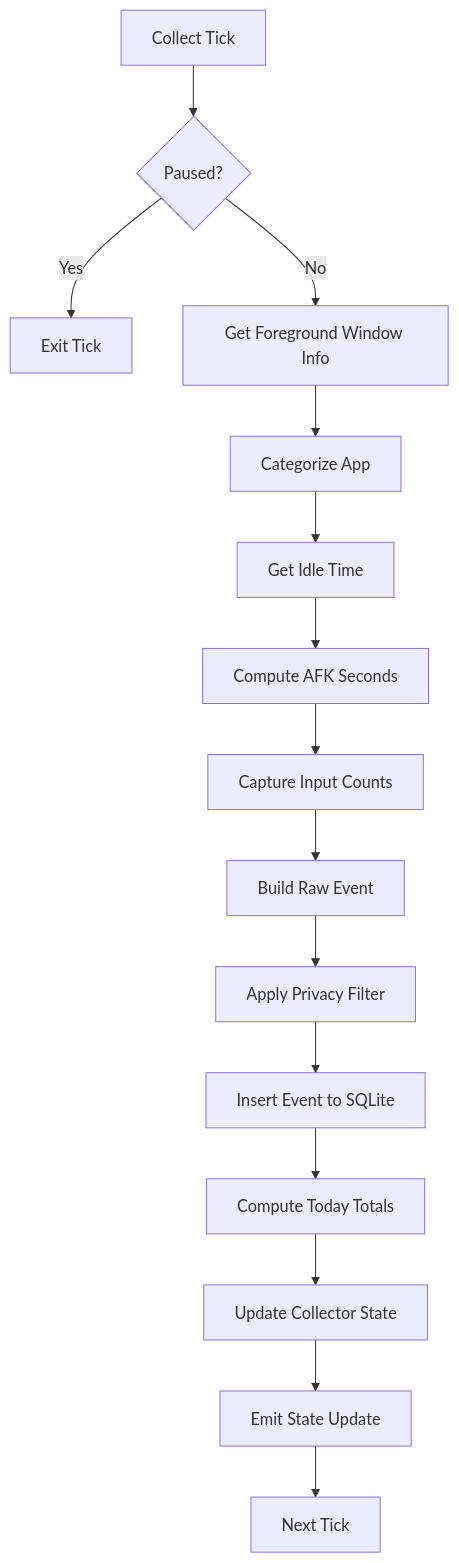
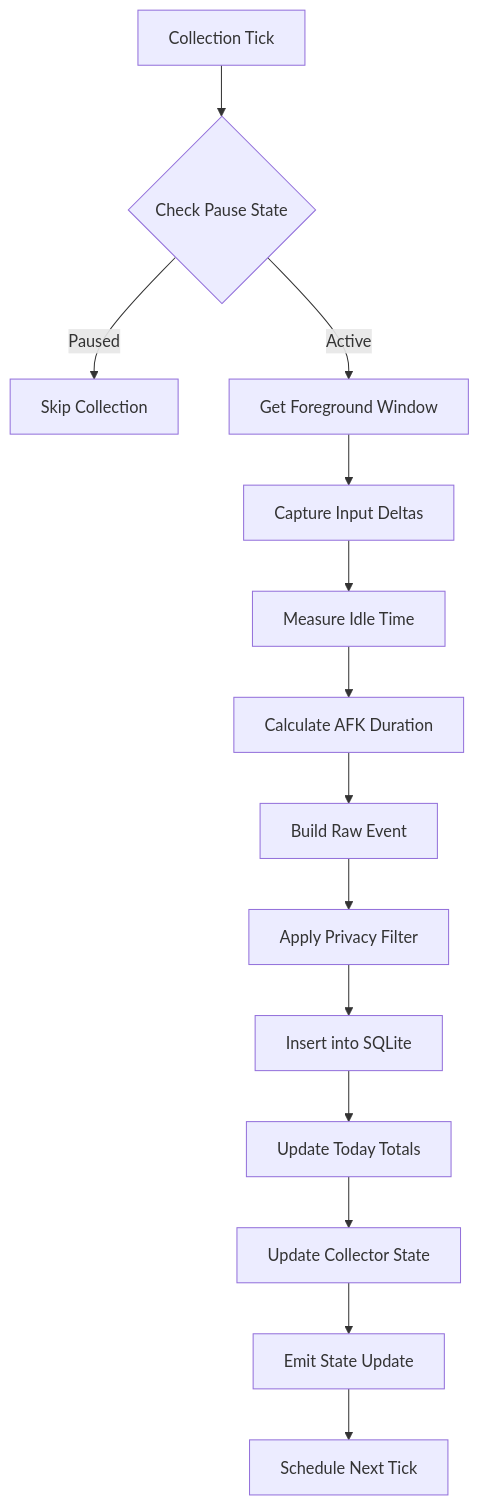
The sixth of 11 diagrams in .qoder/repowiki/en/content/Core Features/Electron Desktop Application.md (WizardJIOCb/rodion.pro), drawn with Mermaid before and after one commit. The commit also changed other lines of this file and 26 other files, not shown here.

````diff
--- a/.qoder/repowiki/en/content/Core Features/Electron Desktop Application.md
+++ b/.qoder/repowiki/en/content/Core Features/Electron Desktop Application.md
@@ -236,17 +380,16 @@
 ```mermaid
 flowchart TD
-Tick["Collect Tick"] --> CheckPaused{"Paused?"}
-CheckPaused --> |Yes| ExitPaused["Exit Tick"]
-CheckPaused --> |No| GetWindow["Get Foreground Window Info"]
-GetWindow --> Categorize["Categorize App"]
-Categorize --> GetIdle["Get Idle Time"]
-GetIdle --> ComputeAFK["Compute AFK Seconds"]
-ComputeAFK --> GetInputs["Capture Input Counts"]
-GetInputs --> BuildEvent["Build Raw Event"]
-BuildEvent --> ApplyFilter["Apply Privacy Filter"]
-ApplyFilter --> InsertDB["Insert Event to SQLite"]
-InsertDB --> Totals["Compute Today Totals"]
-Totals --> UpdateState["Update Collector State"]
-UpdateState --> Emit["Emit State Update"]
-Emit --> NextTick["Next Tick"]
+Tick["Collection Tick"] --> CheckPause{"Check Pause State"}
+CheckPause --> |Paused| Exit["Skip Collection"]
+CheckPause --> |Active| GetWindow["Get Foreground Window"]
+GetWindow --> GetInput["Capture Input Deltas"]
+GetInput --> GetIdle["Measure Idle Time"]
+GetIdle --> CalcAFK["Calculate AFK Duration"]
+CalcAFK --> BuildEvent["Build Raw Event"]
+BuildEvent --> ApplyPrivacy["Apply Privacy Filter"]
+ApplyPrivacy --> InsertDB["Insert into SQLite"]
+InsertDB --> UpdateTotals["Update Today Totals"]
+UpdateTotals --> UpdateState["Update Collector State"]
+UpdateState --> EmitUpdate["Emit State Update"]
+EmitUpdate --> NextTick["Schedule Next Tick"]
 ```
````
